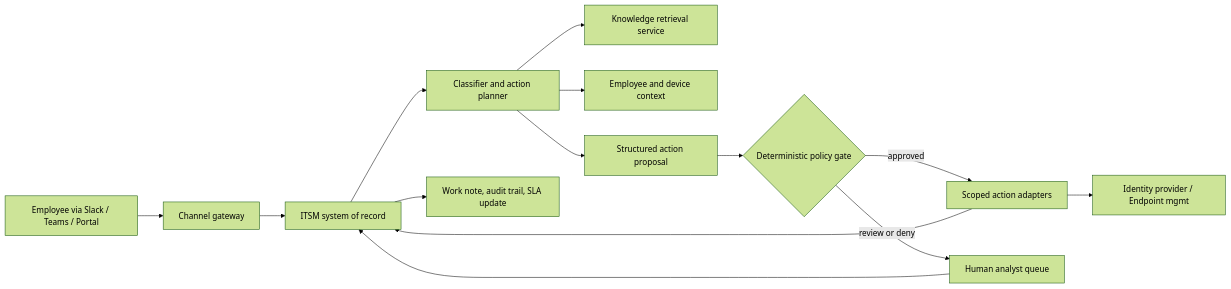
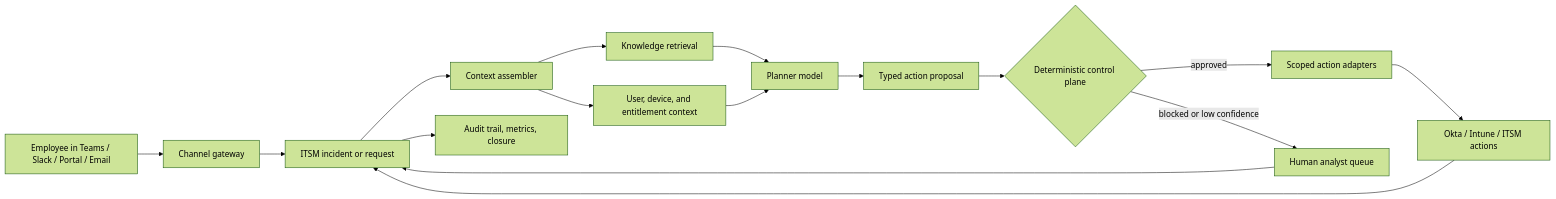
The diagram in docs/use-cases/customer-service/UC-101-it-service-desk-resolution/solution-design.md (Bootbase/enterprise-ai-use-cases), drawn with Mermaid (forest theme) before and after one commit. The commit also changed other lines of this file and 26 other files, not shown here.

````diff
--- a/docs/use-cases/customer-service/UC-101-it-service-desk-resolution/solution-design.md
+++ b/docs/use-cases/customer-service/UC-101-it-service-desk-resolution/solution-design.md
@@ -34,16 +34,18 @@
 ```mermaid
 flowchart LR
-    A[Employee via Slack / Teams / Portal] --> B[Channel gateway]
-    B --> C[ITSM system of record]
-    C --> D[Classifier and action planner]
-    D --> E[Knowledge retrieval service]
-    D --> F[Employee and device context]
-    D --> G[Structured action proposal]
-    G --> H{Deterministic policy gate}
-    H -->|approved| I[Scoped action adapters]
-    H -->|review or deny| J[Human analyst queue]
-    I --> K[Identity provider / Endpoint mgmt]
-    I --> C
-    J --> C
-    C --> L[Work note, audit trail, SLA update]
+    A[Employee in Teams / Slack / Portal / Email] --> B[Channel gateway]
+    B --> C[ITSM incident or request]
+    C --> D[Context assembler]
+    D --> E[Knowledge retrieval]
+    D --> F[User, device, and entitlement context]
+    E --> G[Planner model]
+    F --> G
+    G --> H[Typed action proposal]
+    H --> I{Deterministic control plane}
+    I -->|approved| J[Scoped action adapters]
+    J --> K[Okta / Intune / ITSM actions]
+    I -->|blocked or low confidence| L[Human analyst queue]
+    K --> C
+    L --> C
+    C --> M[Audit trail, metrics, closure]
 ```
````
